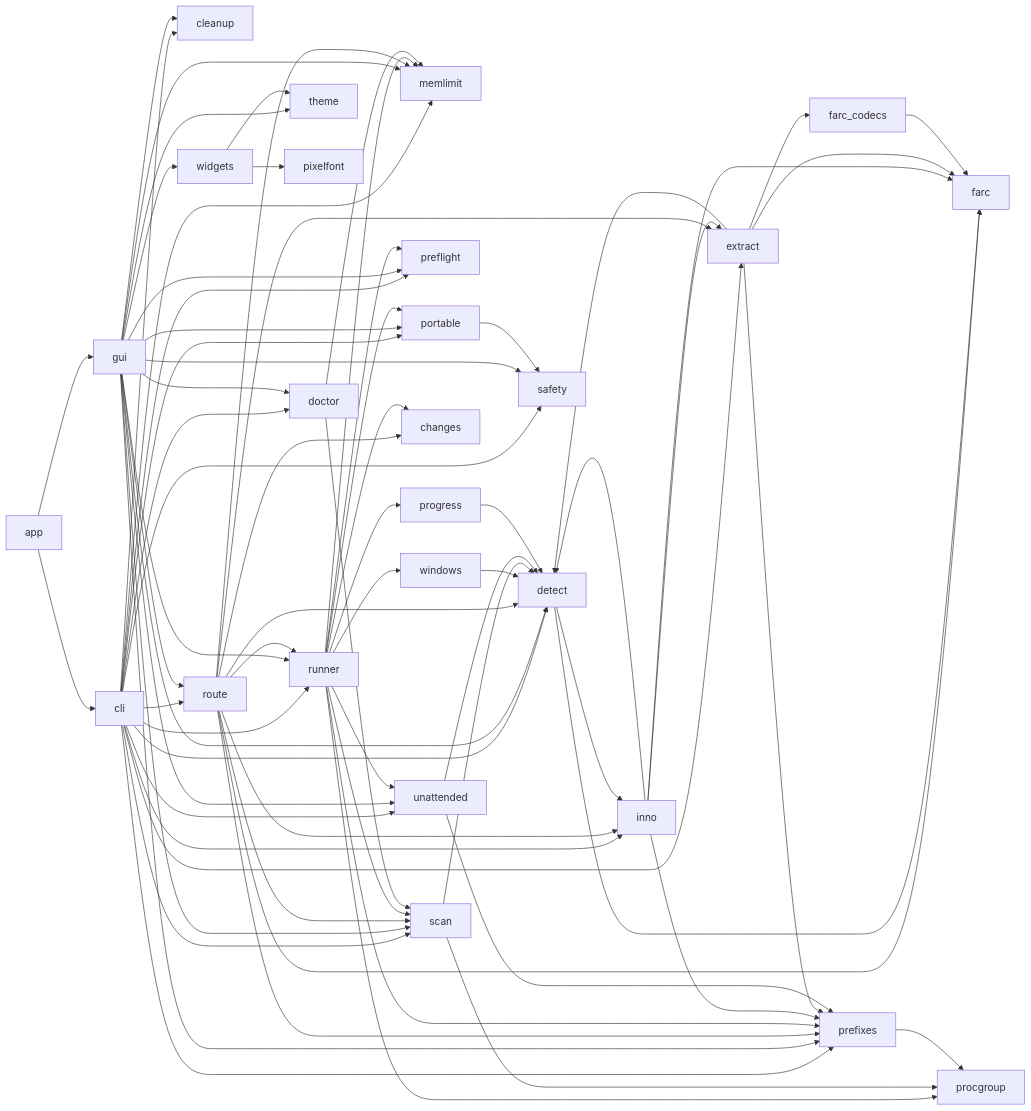
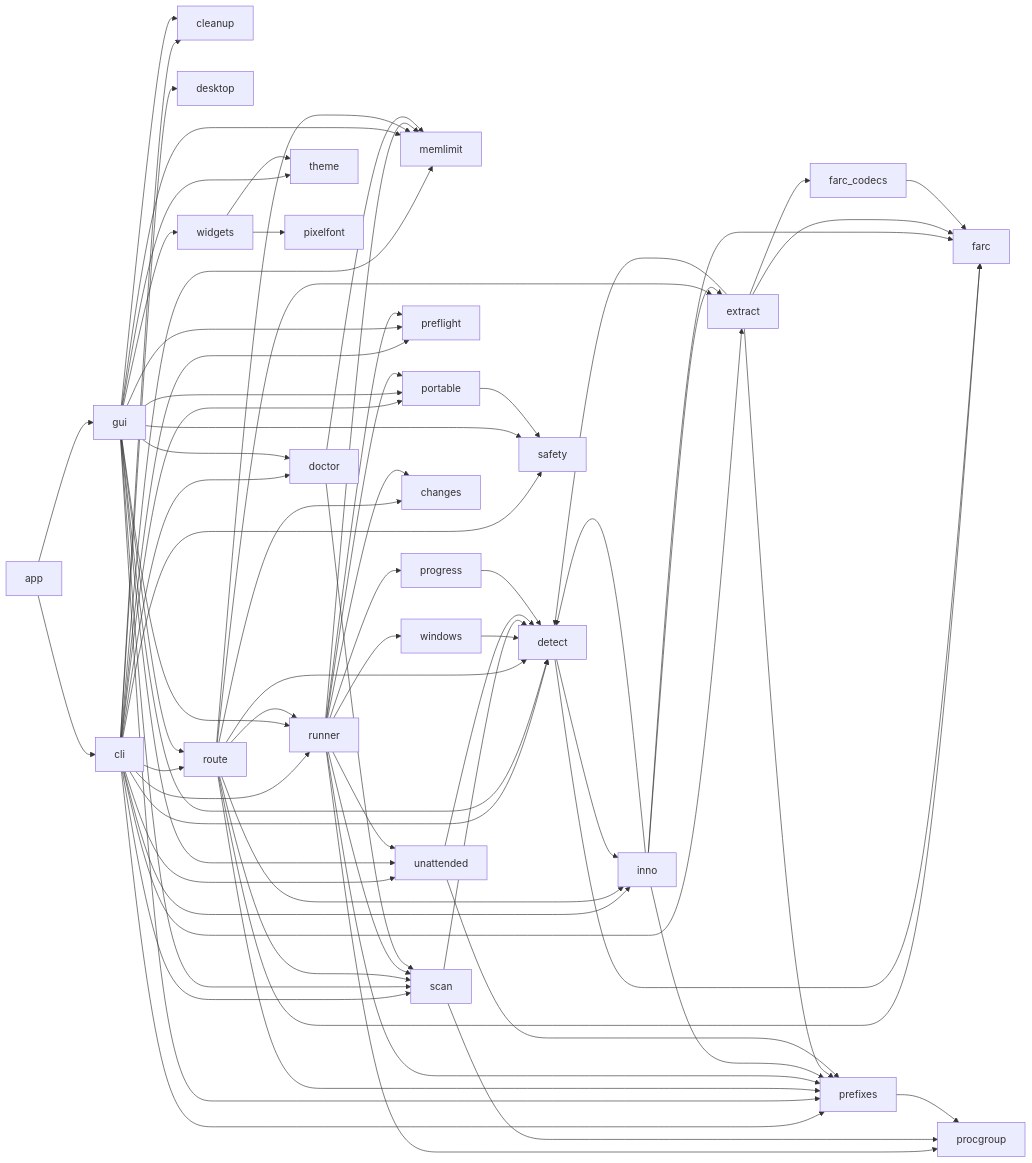
The second of 6 diagrams in docs/code-map.md (undecuple/gitfurl), drawn with Mermaid before and after one commit. The commit also changed other lines of this file and 8 other files, not shown here.

Commit message:
Optional application-menu entry: gitfurl cli desktop-entry (#43)

````diff
--- a/docs/code-map.md
+++ b/docs/code-map.md
@@ -57,20 +57,20 @@
 ```mermaid
 flowchart LR
   app --> cli & gui
-  cli --> cleanup & detect & doctor & extract & inno & memlimit & portable & prefixes & preflight & route & runner & safety & scan & unattended
+  cli --> cleanup & desktop & detect & doctor & extract & inno & memlimit & portable & prefixes & preflight & route & runner & safety & scan & unattended
   gui --> cleanup & detect & doctor & memlimit & portable & prefixes & preflight & route & runner & safety & scan & theme & unattended & widgets
   widgets --> pixelfont & theme
   route --> changes & detect & extract & farc & inno & memlimit & prefixes & runner & scan
   runner --> changes & memlimit & portable & prefixes & preflight & procgroup & progress & scan & unattended & windows
   windows --> detect
   detect --> farc & inno
   inno --> detect & extract & farc & prefixes
   extract --> detect & farc & farc_codecs & prefixes
   farc_codecs --> farc
   doctor --> memlimit & scan
   scan --> detect & procgroup
   unattended --> detect & prefixes
   progress --> detect
   prefixes --> procgroup
   portable --> safety
 ```
````
